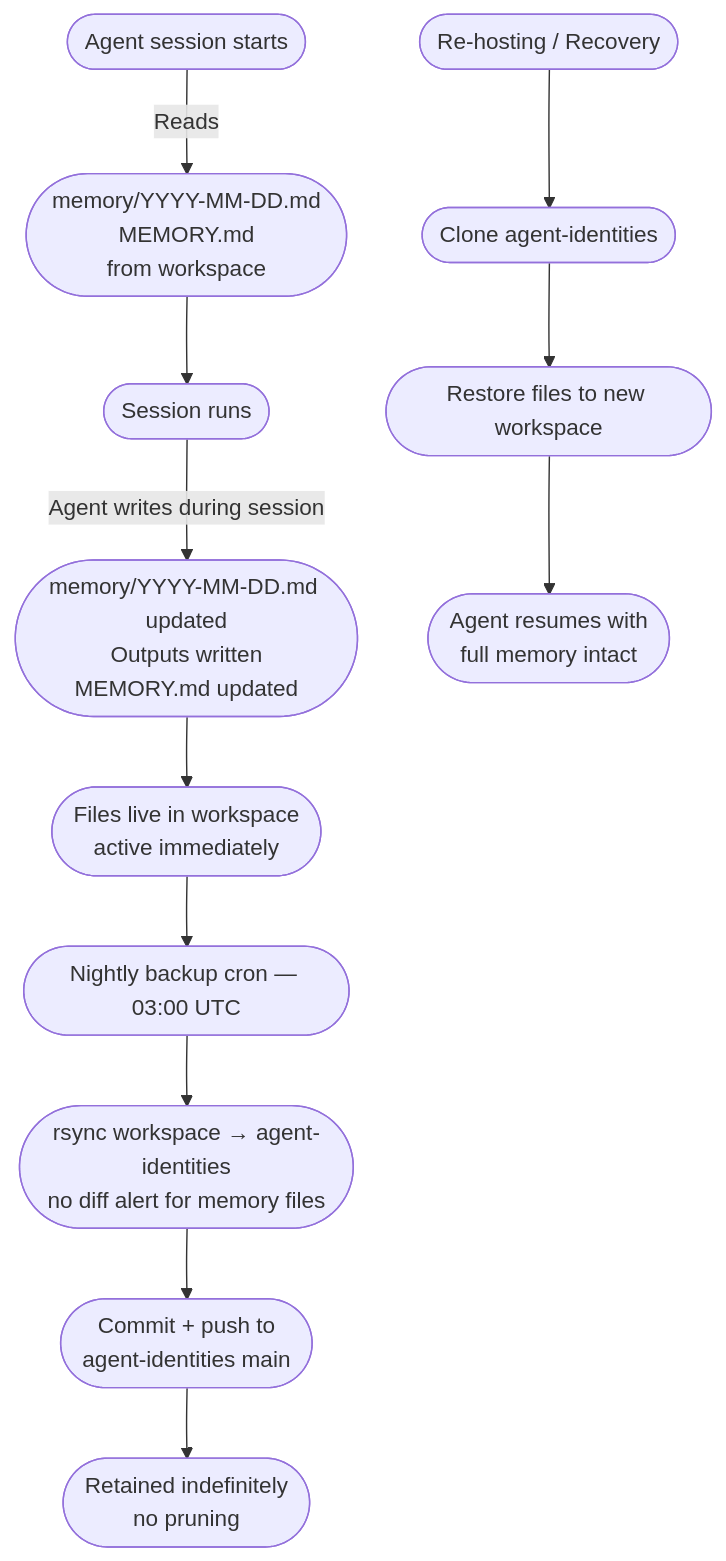
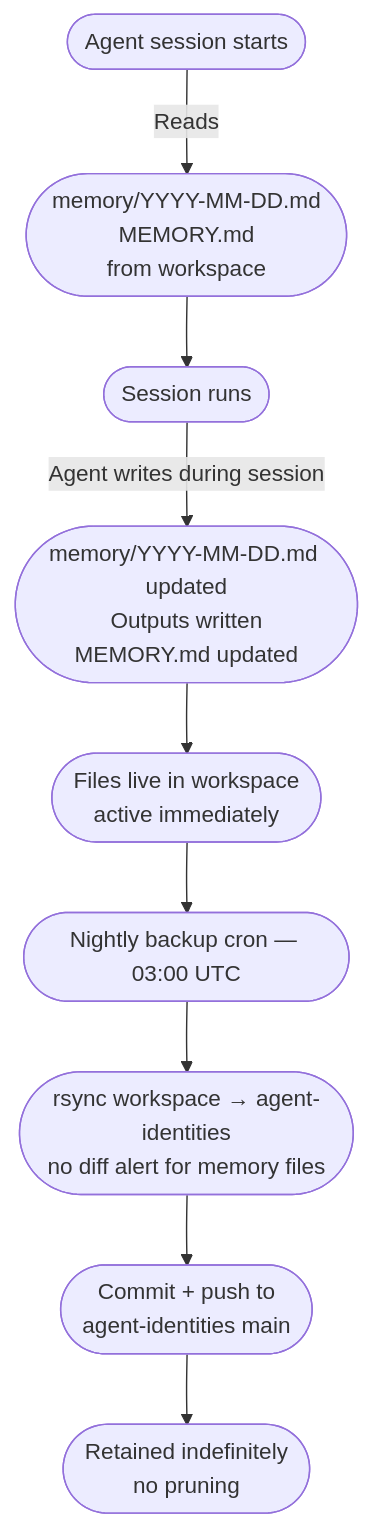
The third of 5 diagrams in design/agent-identity-memory-architecture.md (koenswings/idea), drawn with Mermaid before and after one commit. The commit also changed other lines of this file, not shown here.

Commit message:
design: add standalone recovery section and mermaid flowchart

````diff
--- a/design/agent-identity-memory-architecture.md
+++ b/design/agent-identity-memory-architecture.md
@@ -236,15 +236,11 @@
 ```mermaid
 flowchart TD
     A([Agent session starts]) -->|Reads| B([memory/YYYY-MM-DD.md\nMEMORY.md\nfrom workspace])
     B --> C([Session runs])
     C -->|Agent writes during session| D([memory/YYYY-MM-DD.md updated\nOutputs written\nMEMORY.md updated])
     D --> E([Files live in workspace\nactive immediately])
     E --> F([Nightly backup cron — 03:00 UTC])
     F --> G([rsync workspace → agent-identities\nno diff alert for memory files])
     G --> H([Commit + push to\nagent-identities main])
     H --> I([Retained indefinitely\nno pruning])
-
-    J([Re-hosting / Recovery]) --> K([Clone agent-identities])
-    K --> L([Restore files to new workspace])
-    L --> M([Agent resumes with\nfull memory intact])
 ```
````
